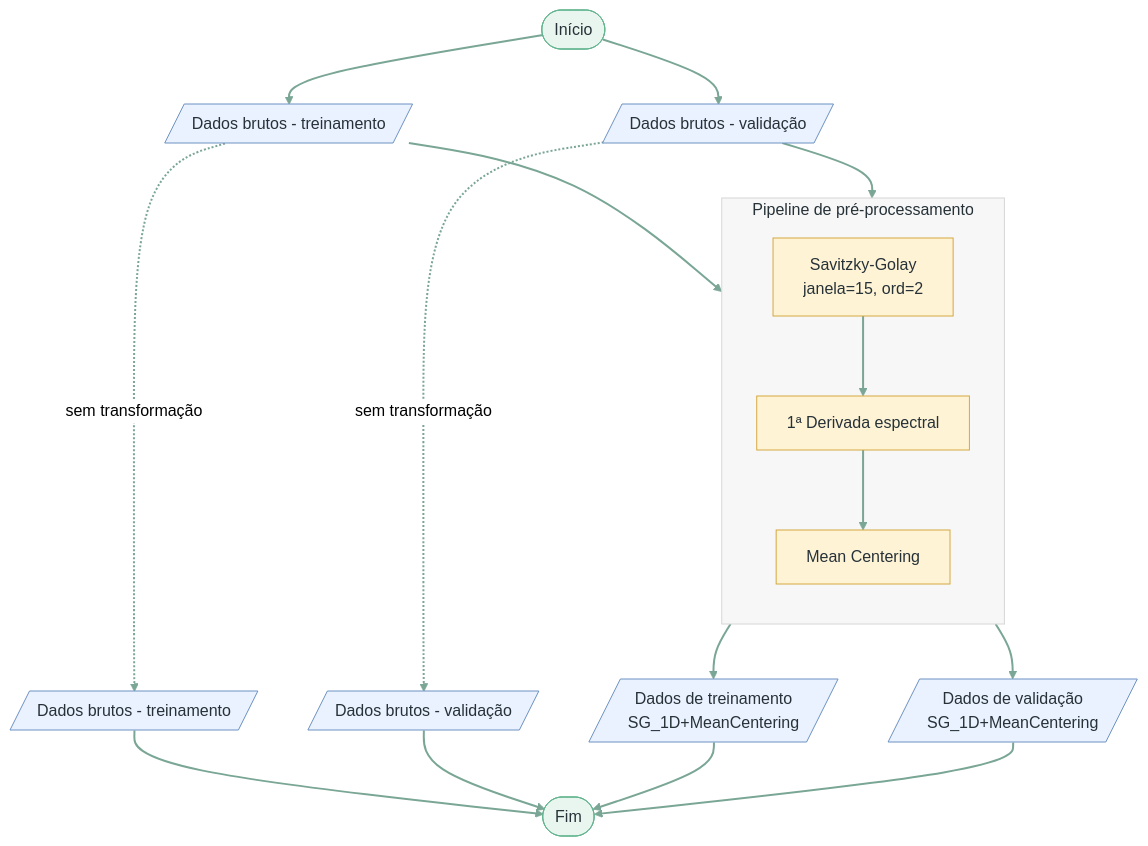
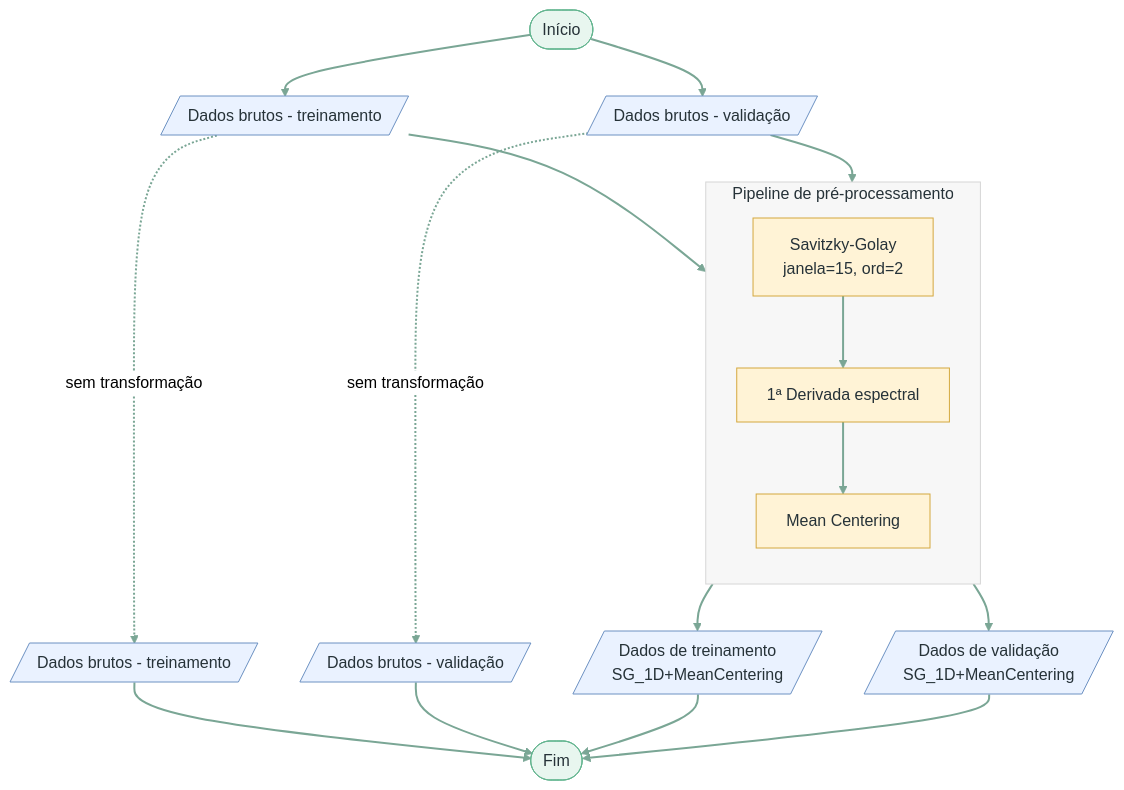
One commit to A-malta/coffee-nir-quality changed the diagram in docs/02_preprocessamento.md. Above: the diagram before and after it, drawn with Mermaid. The commit also changed 4 other files, not shown here.

Commit message:
docs: embed figures and compact flowcharts

````diff
--- a/docs/02_preprocessamento.md
+++ b/docs/02_preprocessamento.md
@@ -1,49 +1,49 @@
 ```mermaid
 ---
 config:
   theme: neutral
   look: classic
   flowchart:
     curve: basis
-    nodeSpacing: 50
-    rankSpacing: 55
+    nodeSpacing: 42
+    rankSpacing: 47
 ---
 flowchart TB
     subgraph PIPE["Pipeline de pré-processamento"]
         direction TB
         SG[Savitzky-Golay<br/>janela=15, ord=2]
         D1[1ª Derivada espectral]
         MC[Mean Centering]
 
         SG --> D1
         D1 --> MC
     end
 
     A([Início]) --> B[/Dados brutos - treinamento/]
     A --> C[/Dados brutos - validação/]
 
     B --> SG
     C --> SG
 
     B -. sem transformação .-> D[/Dados brutos - treinamento/]
     C -. sem transformação .-> E[/Dados brutos - validação/]
 
     MC --> F[/Dados de treinamento<br/>SG_1D+MeanCentering/]
     MC --> G[/Dados de validação<br/>SG_1D+MeanCentering/]
 
     D --> H([Fim])
     E --> H
     F --> H
     G --> H
 
     classDef terminador fill:#E8F6EF,stroke:#62B58F,color:#263238
     classDef dados fill:#EAF2FF,stroke:#6C91C2,color:#263238
     classDef processo fill:#FFF3D6,stroke:#D4A83F,color:#263238
 
     class A,H terminador
     class B,C,D,E,F,G dados
     class SG,D1,MC processo
 
     style PIPE fill:#F7F7F7,stroke:#D6D6D6,color:#263238
     linkStyle default stroke:#7AA695,stroke-width:2px
 ```
````
